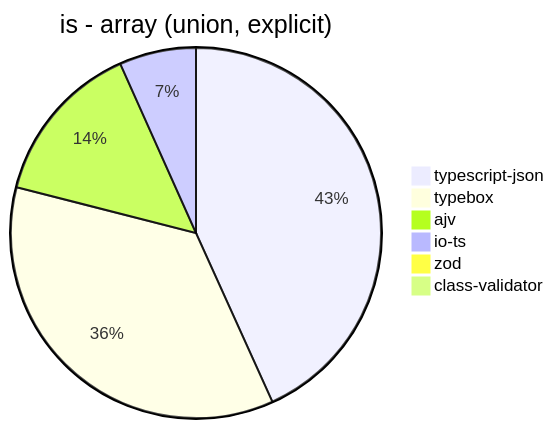
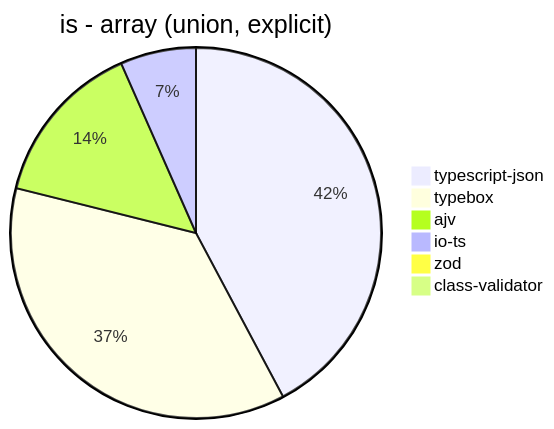
Before and after one commit to samchon/typia: the sixth of 38 diagrams in benchmark/results/AMD Ryzen 7 5800H with Radeon Graphics.md, drawn with Mermaid. The commit also changed other lines of this file and 189 other files, not shown here.

````diff
--- a/benchmark/results/AMD Ryzen 7 5800H with Radeon Graphics.md
+++ b/benchmark/results/AMD Ryzen 7 5800H with Radeon Graphics.md
@@ -76,9 +76,9 @@
 ```mermaid
 pie title is - array (union, explicit)
-  "typescript-json": 2414.39028744867
-  "typebox": 1995.8862457521016
-  "ajv": 799.8526974774443
-  "io-ts": 374.11148522259634
-  "zod": 2.8232636928289105
-  "class-validator": 7.329449351625635
+  "typescript-json": 2400.073475385746
+  "typebox": 2084.895052473763
+  "ajv": 823.625476320087
+  "io-ts": 375.99394168875426
+  "zod": 3.0041306796845664
+  "class-validator": 7.160354249104955
 ```
````
